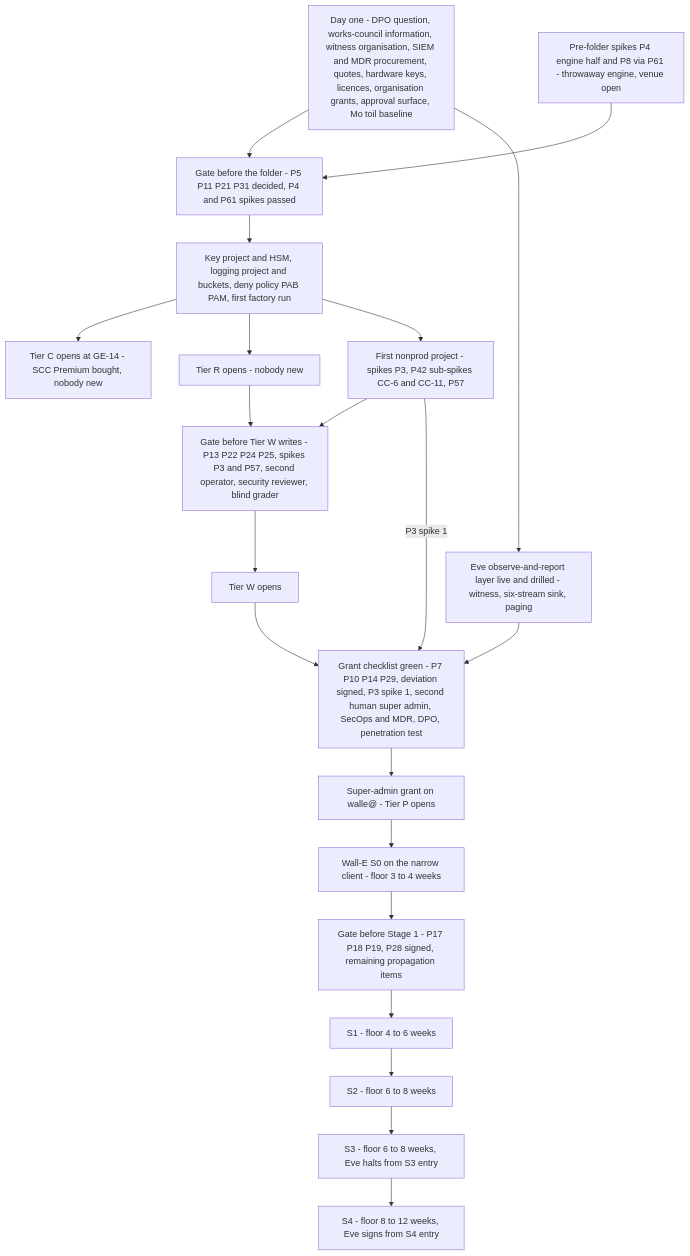
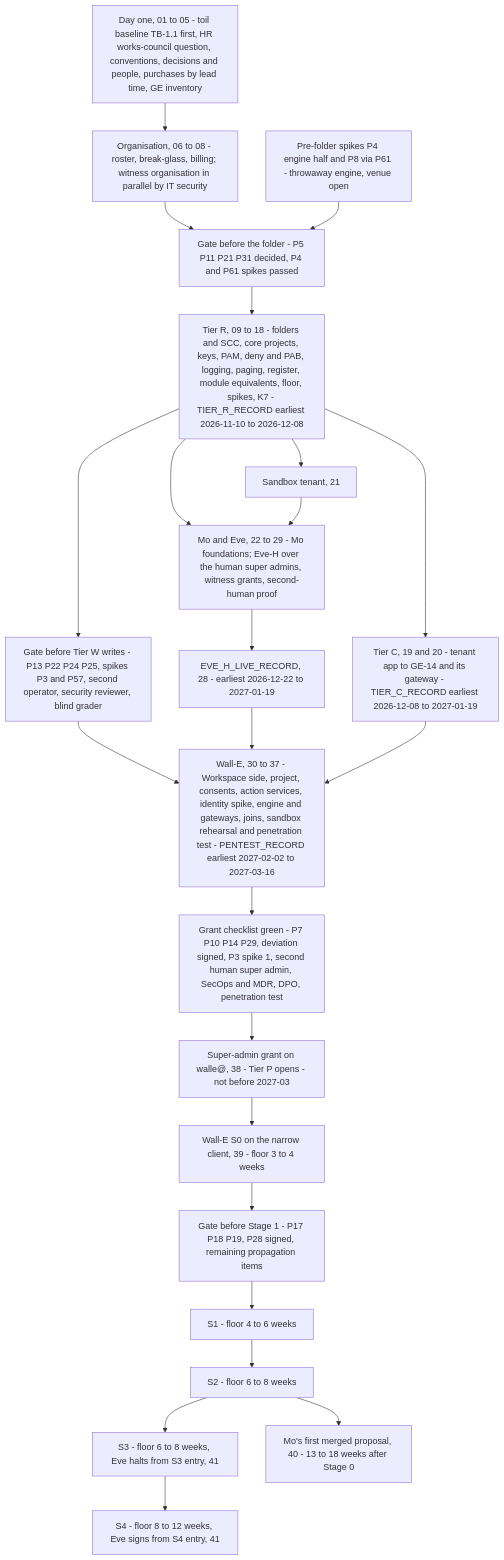
Before and after one commit to jsbdfgidsfg/agentic-platform: the diagram in platform/agentic-platform/brief/29-roadmap-and-cost.md, drawn with Mermaid. The commit also changed other lines of this file and 29 other files, not shown here.

````diff
--- a/platform/agentic-platform/brief/29-roadmap-and-cost.md
+++ b/platform/agentic-platform/brief/29-roadmap-and-cost.md
@@ -108,41 +125,45 @@
 ```mermaid
 flowchart TD
-  L["Day one - DPO question, works-council information, witness organisation, SIEM and MDR procurement, quotes, hardware keys, licences, organisation grants, approval surface, Mo toil baseline"]
+  L["Day one, 01 to 05 - toil baseline TB-1.1 first, HR works-council question, conventions, decisions and people, purchases by lead time, GE inventory"]
+  O["Organisation, 06 to 08 - roster, break-glass, billing; witness organisation in parallel by IT security"]
   SP["Pre-folder spikes P4 engine half and P8 via P61 - throwaway engine, venue open"]
   G2["Gate before the folder - P5 P11 P21 P31 decided, P4 and P61 spikes passed"]
-  B["Key project and HSM, logging project and buckets, deny policy PAB PAM, first factory run"]
-  C["Tier C opens at GE-14 - SCC Premium bought, nobody new"]
-  R["Tier R opens - nobody new"]
-  N["First nonprod project - spikes P3, P42 sub-spikes CC-6 and CC-11, P57"]
+  R["Tier R, 09 to 18 - folders and SCC, core projects, keys, PAM, deny and PAB, logging, paging, register, module equivalents, floor, spikes, K7 - TIER_R_RECORD earliest 2026-11-10 to 2026-12-08"]
+  C["Tier C, 19 and 20 - tenant app to GE-14 and its gateway - TIER_C_RECORD earliest 2026-12-08 to 2027-01-19"]
+  SB["Sandbox tenant, 21"]
+  ME["Mo and Eve, 22 to 29 - Mo foundations; Eve-H over the human super admins, witness grants, second-human proof"]
+  E["EVE_H_LIVE_RECORD, 28 - earliest 2026-12-22 to 2027-01-19"]
+  WE["Wall-E, 30 to 37 - Workspace side, project, consents, action services, identity spike, engine and gateways, joins, sandbox rehearsal and penetration test - PENTEST_RECORD earliest 2027-02-02 to 2027-03-16"]
   G3["Gate before Tier W writes - P13 P22 P24 P25, spikes P3 and P57, second operator, security reviewer, blind grader"]
-  W["Tier W opens"]
-  E["Eve observe-and-report layer live and drilled - witness, six-stream sink, paging"]
   G4["Grant checklist green - P7 P10 P14 P29, deviation signed, P3 spike 1, second human super admin, SecOps and MDR, DPO, penetration test"]
-  GR["Super-admin grant on walle@ - Tier P opens"]
-  S0["Wall-E S0 on the narrow client - floor 3 to 4 weeks"]
+  GR["Super-admin grant on walle@, 38 - Tier P opens - not before 2027-03"]
+  S0["Wall-E S0 on the narrow client, 39 - floor 3 to 4 weeks"]
   G5["Gate before Stage 1 - P17 P18 P19, P28 signed, remaining propagation items"]
   S1["S1 - floor 4 to 6 weeks"]
   S2["S2 - floor 6 to 8 weeks"]
-  S3["S3 - floor 6 to 8 weeks, Eve halts from S3 entry"]
-  S4["S4 - floor 8 to 12 weeks, Eve signs from S4 entry"]
-  L --> G2
+  S3["S3 - floor 6 to 8 weeks, Eve halts from S3 entry, 41"]
+  S4["S4 - floor 8 to 12 weeks, Eve signs from S4 entry, 41"]
+  M["Mo's first merged proposal, 40 - 13 to 18 weeks after Stage 0"]
+  L --> O
+  O --> G2
   SP --> G2
-  G2 --> B
-  B --> C
-  B --> R
-  B --> N
-  N --> G3
+  G2 --> R
+  R --> C
+  R --> SB
+  R --> ME
+  SB --> ME
+  ME --> E
   R --> G3
-  G3 --> W
-  L --> E
-  W --> G4
-  E --> G4
-  N -->|"P3 spike 1"| G4
+  G3 --> WE
+  E --> WE
+  C --> WE
+  WE --> G4
   G4 --> GR
   GR --> S0
   S0 --> G5
   G5 --> S1
   S1 --> S2
+  S2 --> M
   S2 --> S3
   S3 --> S4
 ```
````
